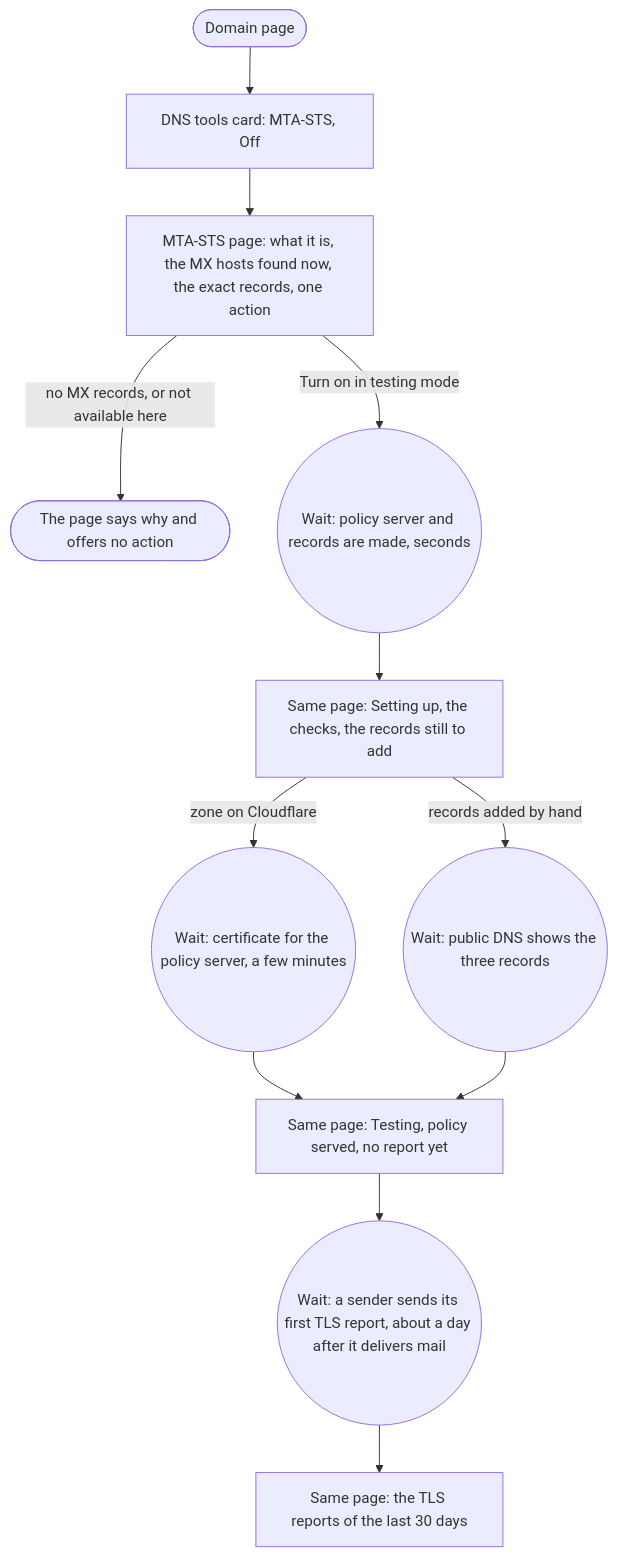
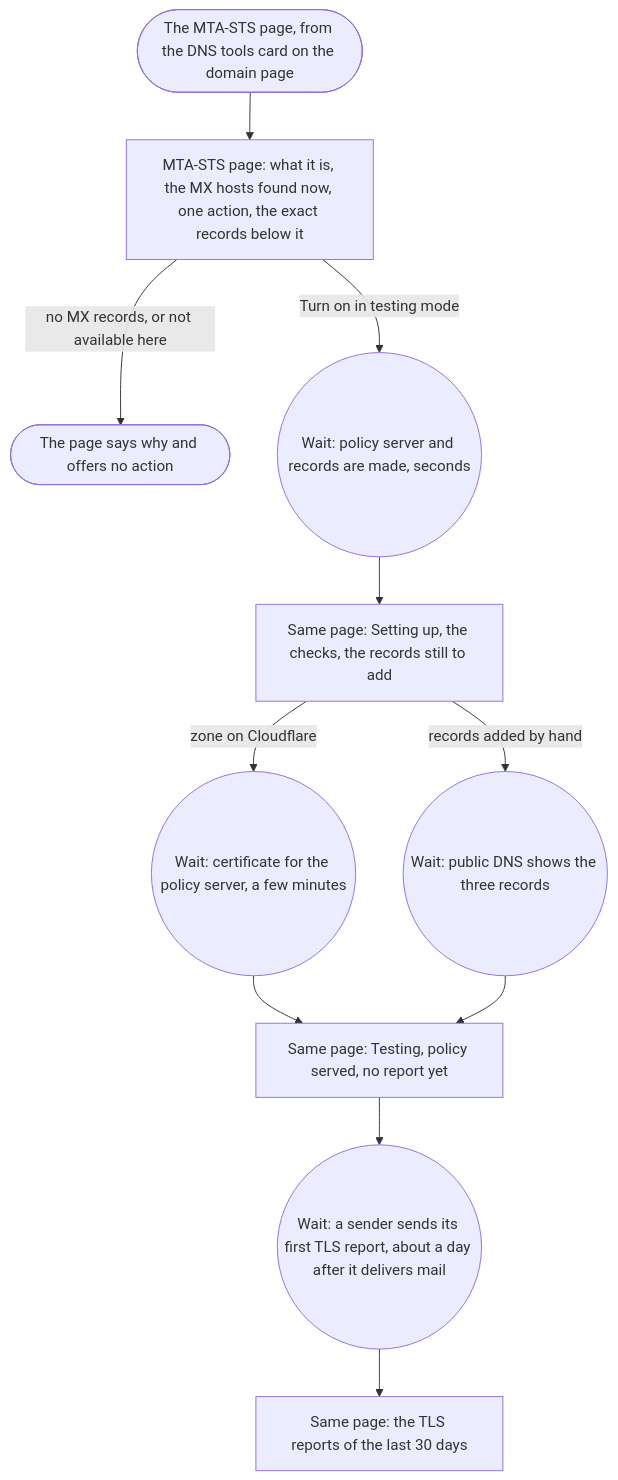
One commit to fellowship-dev/ready-set-mail changed the diagram in .flowchad/flows/enable-mta-sts.map.md. Above: the diagram before and after it, drawn with Mermaid. The commit also changed other lines of this file and 8 other files, not shown here.

First line of the commit message:
MTA-STS page: the action first, reports before details, the DNS lookups through the one resolver

````diff
--- a/.flowchad/flows/enable-mta-sts.map.md
+++ b/.flowchad/flows/enable-mta-sts.map.md
@@ -7,14 +8,13 @@
 ```mermaid
 flowchart TD
-  entry([Domain page]) --> card[DNS tools card: MTA-STS, Off]
-  card --> page[MTA-STS page: what it is, the MX hosts found now, the exact records, one action]
+  entry([The MTA-STS page, from the DNS tools card on the domain page]) --> page[MTA-STS page: what it is, the MX hosts found now, one action, the exact records below it]
   page -->|no MX records, or not available here| stop([The page says why and offers no action])
   page -->|Turn on in testing mode| write((Wait: policy server and records are made, seconds))
   write --> setup[Same page: Setting up, the checks, the records still to add]
   setup -->|zone on Cloudflare| cert((Wait: certificate for the policy server, a few minutes))
   setup -->|records added by hand| dns((Wait: public DNS shows the three records))
   cert --> live[Same page: Testing, policy served, no report yet]
   dns --> live
   live --> reports((Wait: a sender sends its first TLS report, about a day after it delivers mail))
   reports --> value[Same page: the TLS reports of the last 30 days]:::value
 ```
````
